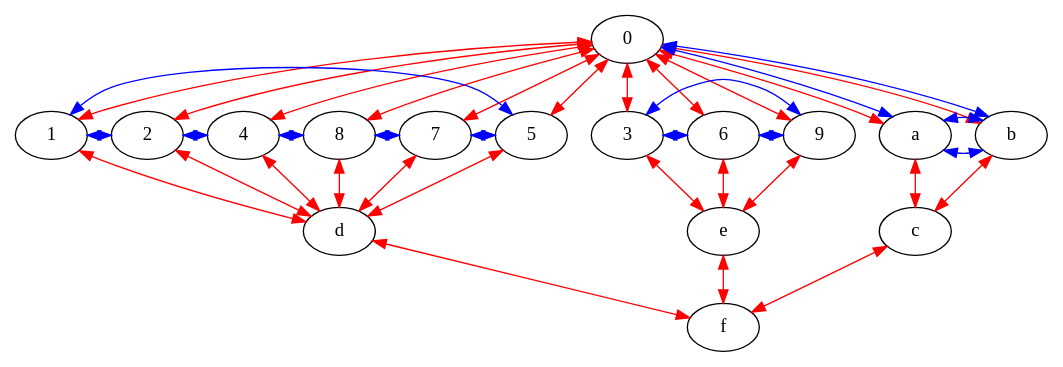
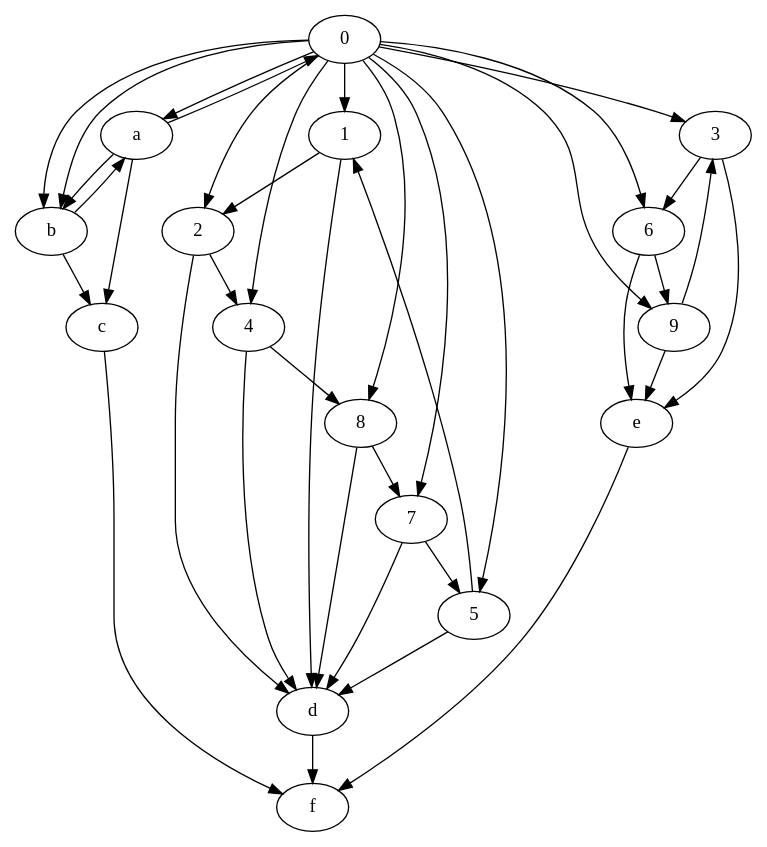
Before and after one commit to cilang/acu: the first of 2 diagrams in src/specs/prompt-header.md, drawn with Graphviz. The commit also changed other lines of this file and 1 other file, not shown here.

````diff
--- a/src/specs/prompt-header.md
+++ b/src/specs/prompt-header.md
@@ -39,43 +150,14 @@
 ```dot
 digraph G {
-    0 -> {1 2 4 8 7 5 3 6 9 a b} [dir = both; color = "red";];
-    {a b} -> c [dir = both; color = "red";];
-    {1 2 4 8 7 5} -> d [dir = both; color = "red";];
-    {3 6 9} -> e [dir = both; color = "red";];
-    {c d e} -> f [dir = both; color = "red";];
+    0 -> {1 2 4 8 7 5 3 6 9 a b};
+    {a b} -> c;
+    {1 2 4 8 7 5} -> d;
+    {3 6 9} -> e;
+    {c d e} -> f;
 
-    a -> b -> a [dir = both; color = "blue";];
-    a -> 0 -> b [dir = both; color = "blue";];
-    3 -> 6 -> 9 -> 3 [dir = both; color = "blue";];
-    1 -> 2 -> 4 -> 8 -> 7 -> 5 -> 1 [dir = both; color = "blue";];
-
-    subgraph {
-        rank = same;
-        0;
-    }
-    subgraph {
-        rank = same;
-        3;
-        6;
-        9;
-        1;
-        2;
-        4;
-        8;
-        7;
-        5;
-        a;
-        b;
-    }
-    subgraph {
-        rank = same;
-        c;
-        d;
-        e;
-    }
-    subgraph {
-        rank = same;
-        f;
-    }
+    a -> b -> a;
+    a -> 0 -> b;
+    3 -> 6 -> 9 -> 3;
+    1 -> 2 -> 4 -> 8 -> 7 -> 5 -> 1;
 }
 ```
````
